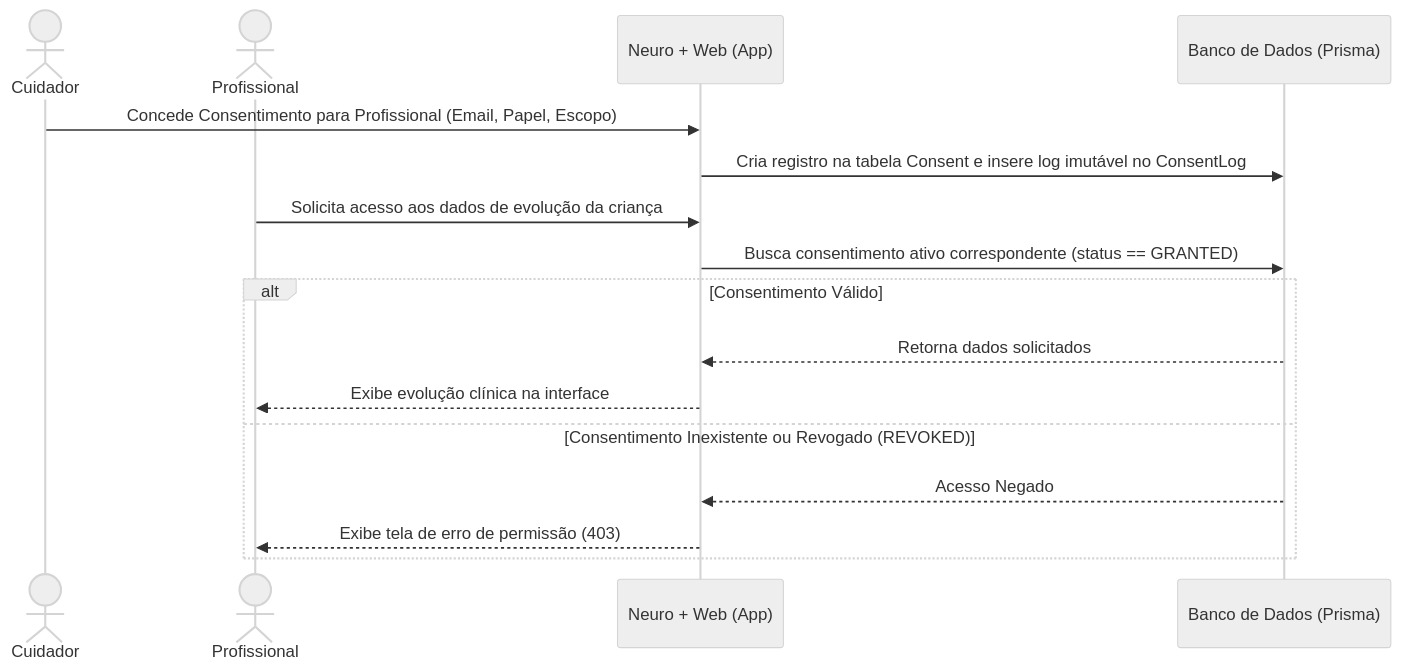
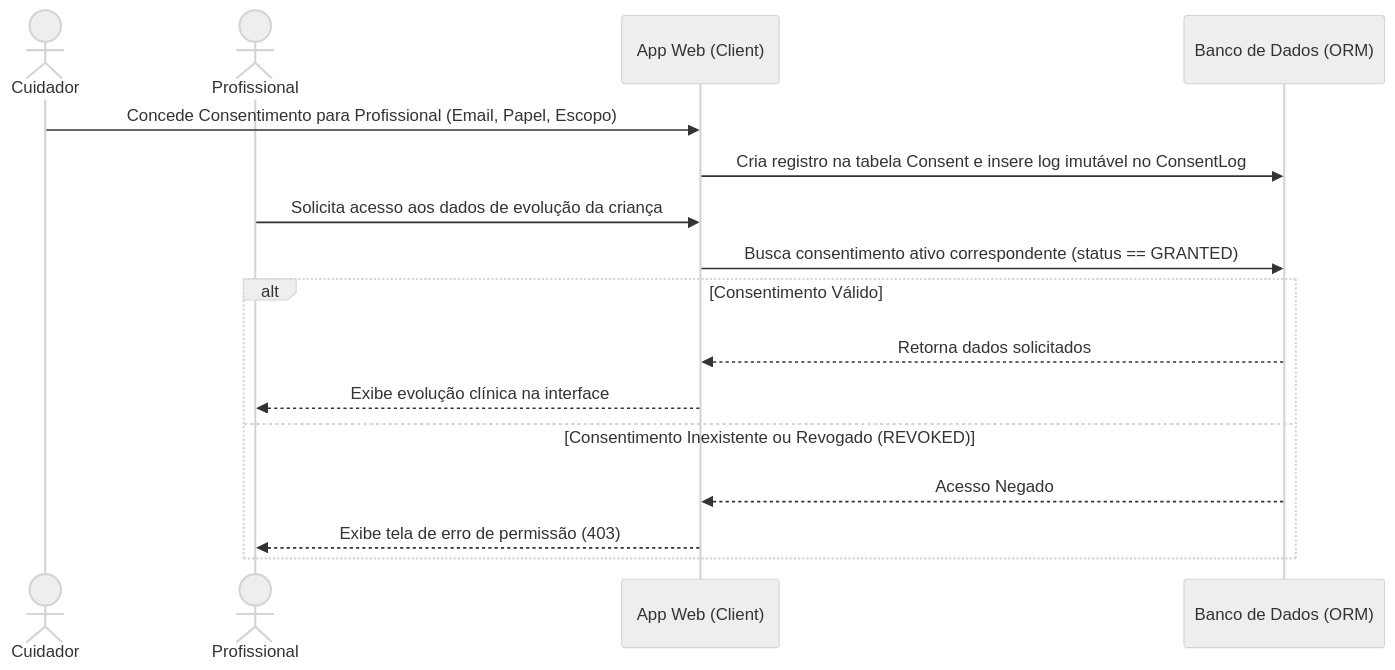
The sixth of 7 diagrams in ARCHITECTURE.md (StillHue/neuroplus), drawn with Mermaid (neutral theme) before and after one commit. The commit also changed other lines of this file, not shown here.

Commit message:
docs(web): improve architecture diagrams readability and abstract sensitive references

````diff
--- a/ARCHITECTURE.md
+++ b/ARCHITECTURE.md
@@ -199,20 +233,20 @@
 ```mermaid
 sequenceDiagram
   actor Cuidador
   actor Profissional
-  participant App as Neuro + Web (App)
-  participant DB as Banco de Dados (Prisma)
+  participant App as App Web (Client)
+  participant DB as Banco de Dados (ORM)
 
   Cuidador->>App: Concede Consentimento para Profissional (Email, Papel, Escopo)
   App->>DB: Cria registro na tabela Consent e insere log imutável no ConsentLog
   
   Profissional->>App: Solicita acesso aos dados de evolução da criança
   App->>DB: Busca consentimento ativo correspondente (status == GRANTED)
   alt Consentimento Válido
     DB-->>App: Retorna dados solicitados
     App-->>Profissional: Exibe evolução clínica na interface
   else Consentimento Inexistente ou Revogado (REVOKED)
     DB-->>App: Acesso Negado
     App-->>Profissional: Exibe tela de erro de permissão (403)
   end
 ```
````
